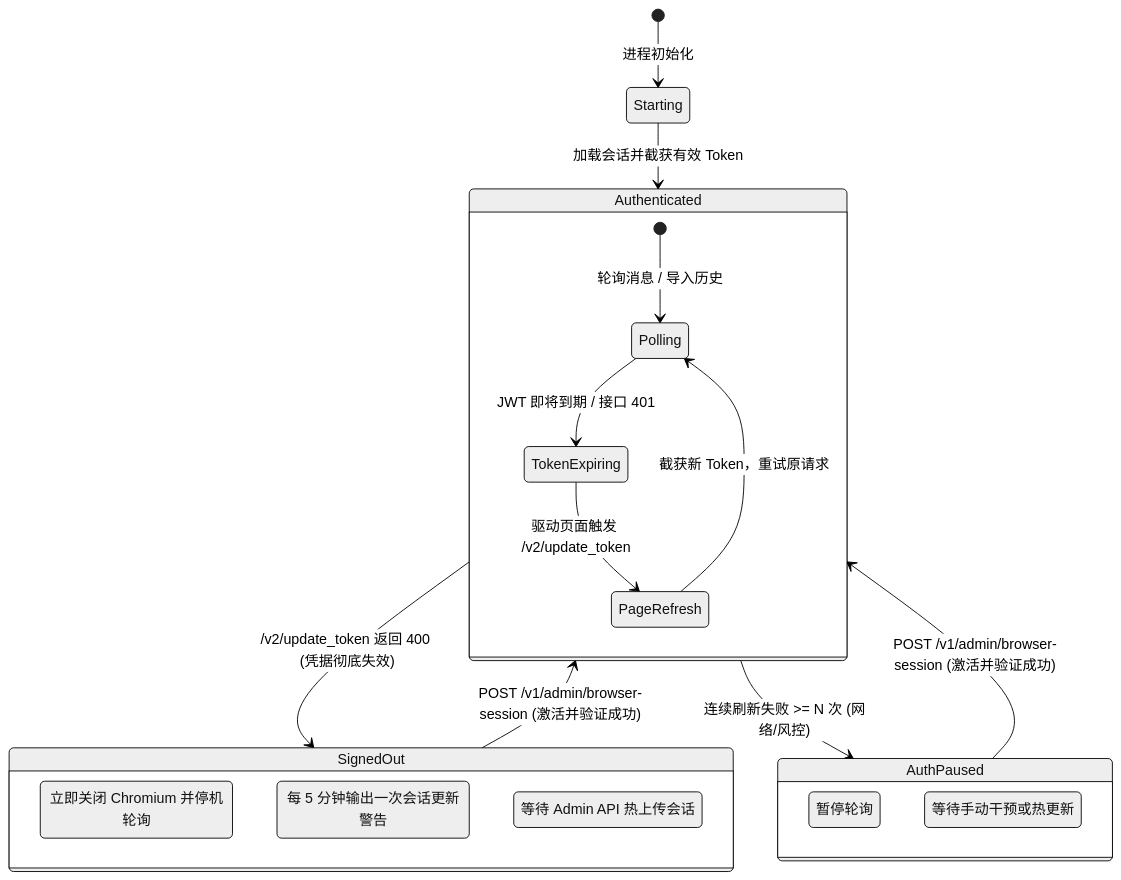
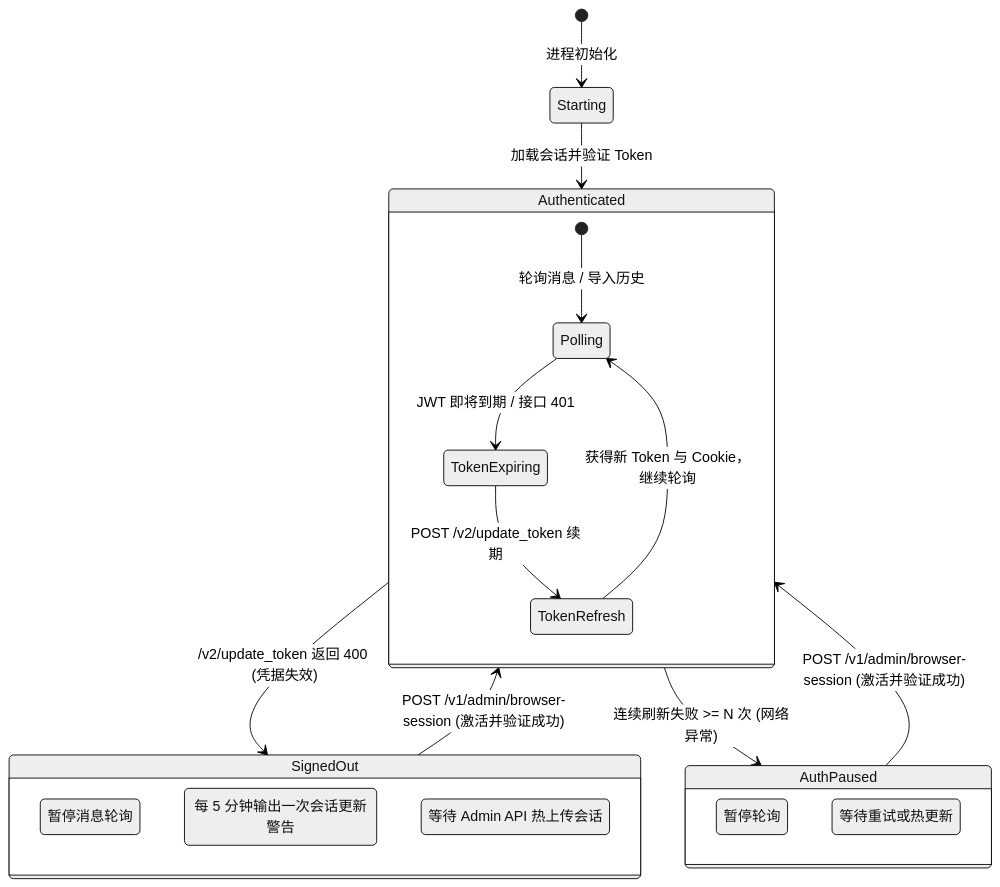
One commit to jishin-namazu/Nogizaka46-Relay changed the second of 4 diagrams in DEVELOPMENT.md. Above: the diagram before and after it, drawn with Mermaid (neutral theme). The commit also changed other lines of this file and 14 other files, not shown here.

````diff
--- a/DEVELOPMENT.md
+++ b/DEVELOPMENT.md
@@ -204,29 +205,29 @@
 ```mermaid
 stateDiagram-v2
     [*] --> Starting: 进程初始化
-    Starting --> Authenticated: 加载会话并截获有效 Token
+    Starting --> Authenticated: 加载会话并验证 Token
     
     state Authenticated {
         [*] --> Polling: 轮询消息 / 导入历史
         Polling --> TokenExpiring: JWT 即将到期 / 接口 401
-        TokenExpiring --> PageRefresh: 驱动页面触发 /v2/update_token
-        PageRefresh --> Polling: 截获新 Token，重试原请求
+        TokenExpiring --> TokenRefresh: POST /v2/update_token 续期
+        TokenRefresh --> Polling: 获得新 Token 与 Cookie，继续轮询
     }
 
-    Authenticated --> SignedOut: /v2/update_token 返回 400 (凭据彻底失效)
-    Authenticated --> AuthPaused: 连续刷新失败 >= N 次 (网络/风控)
+    Authenticated --> SignedOut: /v2/update_token 返回 400 (凭据失效)
+    Authenticated --> AuthPaused: 连续刷新失败 >= N 次 (网络异常)
     
     state SignedOut {
-        CloseBrowser: 立即关闭 Chromium 并停机轮询
+        StopPolling: 暂停消息轮询
         PeriodicLog: 每 5 分钟输出一次会话更新警告
         WaitNewSession: 等待 Admin API 热上传会话
     }
 
     state AuthPaused {
         SleepWait: 暂停轮询
-        WaitRecovery: 等待手动干预或热更新
+        WaitRecovery: 等待重试或热更新
     }
 
     SignedOut --> Authenticated: POST /v1/admin/browser-session (激活并验证成功)
     AuthPaused --> Authenticated: POST /v1/admin/browser-session (激活并验证成功)
 ```
````
